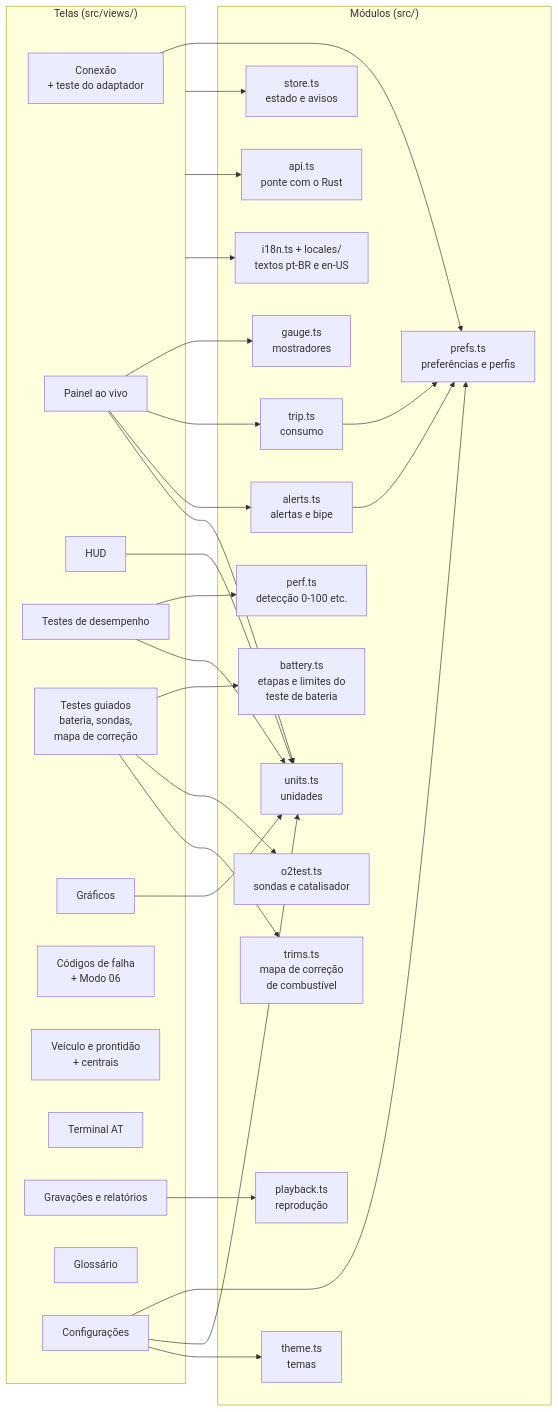
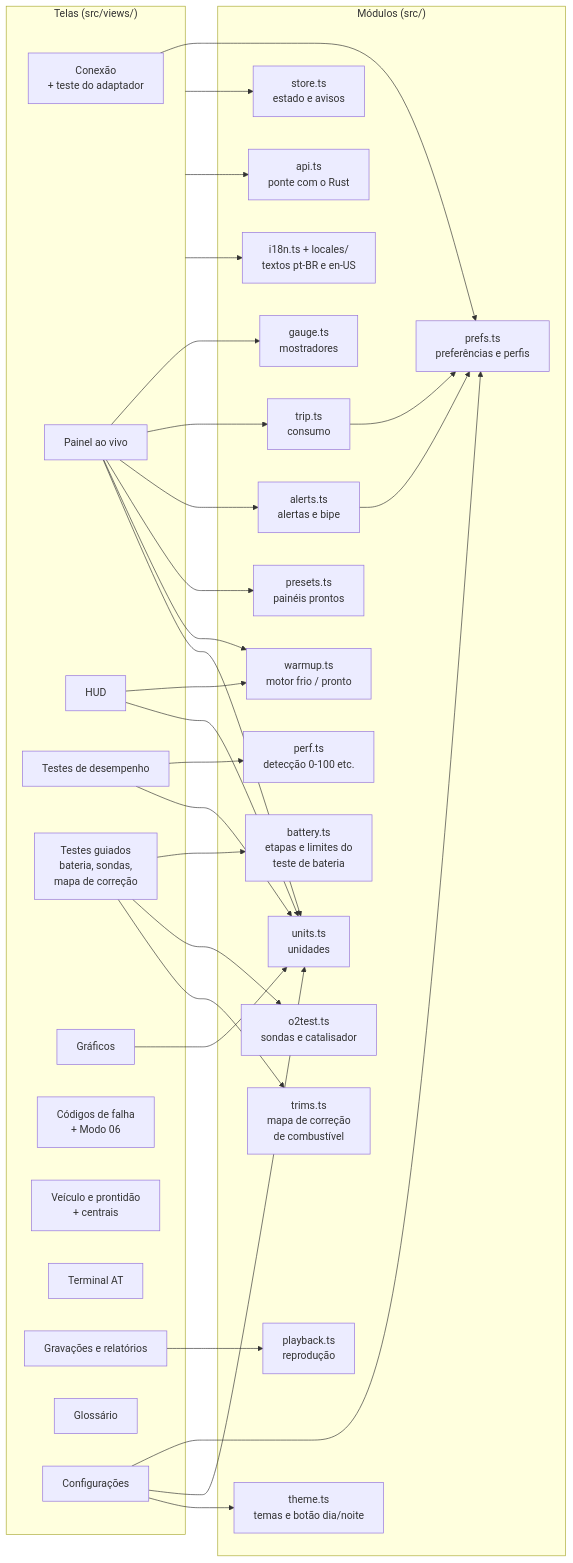
Before and after one commit to samuvieceli/obd2-scanner: the eighth of 12 diagrams in docs/DIAGRAMAS.md, drawn with Mermaid. The commit also changed 13 other files, not shown here.

First line of the commit message:
Painel: painéis prontos, botão dia/noite e selo de motor frio/pronto

````diff
--- a/docs/DIAGRAMAS.md
+++ b/docs/DIAGRAMAS.md
@@ -200,44 +200,47 @@
 ```mermaid
 flowchart LR
     subgraph telas["Telas (src/views/)"]
         connection["Conexão<br/>+ teste do adaptador"]
         dashboard["Painel ao vivo"]
         hud["HUD"]
         performance["Testes de desempenho"]
         guided["Testes guiados<br/>bateria, sondas,<br/>mapa de correção"]
         charts["Gráficos"]
         diagnostics["Códigos de falha<br/>+ Modo 06"]
         vehicle["Veículo e prontidão<br/>+ centrais"]
         terminal["Terminal AT"]
         sessions["Gravações e relatórios"]
         glossary["Glossário"]
         settings["Configurações"]
     end
     subgraph modulos["Módulos (src/)"]
         store["store.ts<br/>estado e avisos"]
         api["api.ts<br/>ponte com o Rust"]
         trip["trip.ts<br/>consumo"]
         perf["perf.ts<br/>detecção 0-100 etc."]
         battery["battery.ts<br/>etapas e limites do<br/>teste de bateria"]
         o2test["o2test.ts<br/>sondas e catalisador"]
         trims["trims.ts<br/>mapa de correção<br/>de combustível"]
         alerts["alerts.ts<br/>alertas e bipe"]
         playback["playback.ts<br/>reprodução"]
         prefs["prefs.ts<br/>preferências e perfis"]
         units["units.ts<br/>unidades"]
         gauge["gauge.ts<br/>mostradores"]
-        theme["theme.ts<br/>temas"]
+        theme["theme.ts<br/>temas e botão dia/noite"]
+        presets["presets.ts<br/>painéis prontos"]
+        warmup["warmup.ts<br/>motor frio / pronto"]
         i18n["i18n.ts + locales/<br/>textos pt-BR e en-US"]
     end
-    dashboard --> gauge & trip & alerts
+    dashboard --> gauge & trip & alerts & presets & warmup
+    hud --> warmup
     performance --> perf
     guided --> battery & o2test & trims
     sessions --> playback
     settings --> prefs & units & theme
     connection --> prefs
     dashboard & hud & charts & performance --> units
     telas --> store
     telas --> api
     telas --> i18n
     trip & alerts --> prefs
 ```
````
